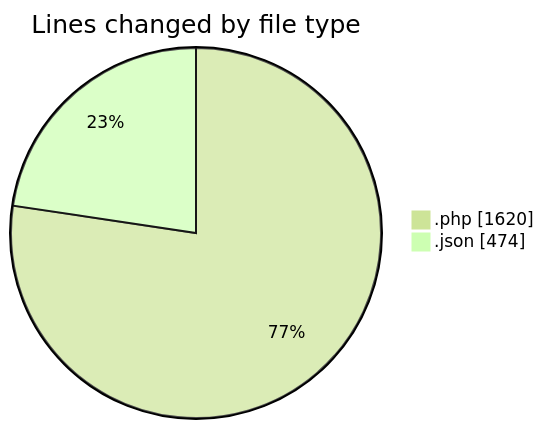
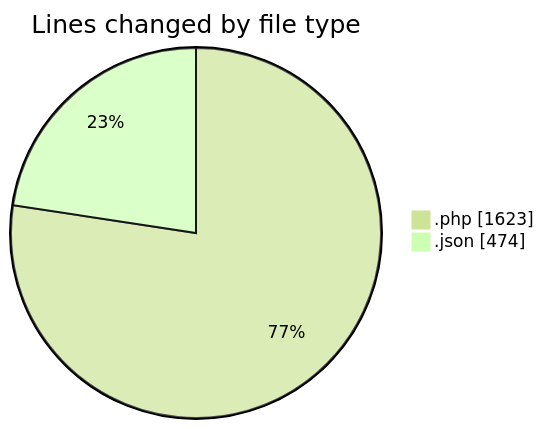
One commit to idhammustaqopulfikri/code-tracking changed the first of 2 diagrams in 2025-06-22/studio-backend/README.md. Above: the diagram before and after it, drawn with Mermaid (forest theme). The commit also changed other lines of this file and 1 other file, not shown here.

````diff
--- a/2025-06-22/studio-backend/README.md
+++ b/2025-06-22/studio-backend/README.md
@@ -27,6 +27,6 @@
 ```mermaid
 pie showData
 title Lines changed by file type
-".php" : 1620
+".php" : 1623
 ".json" : 474
 ```
````
